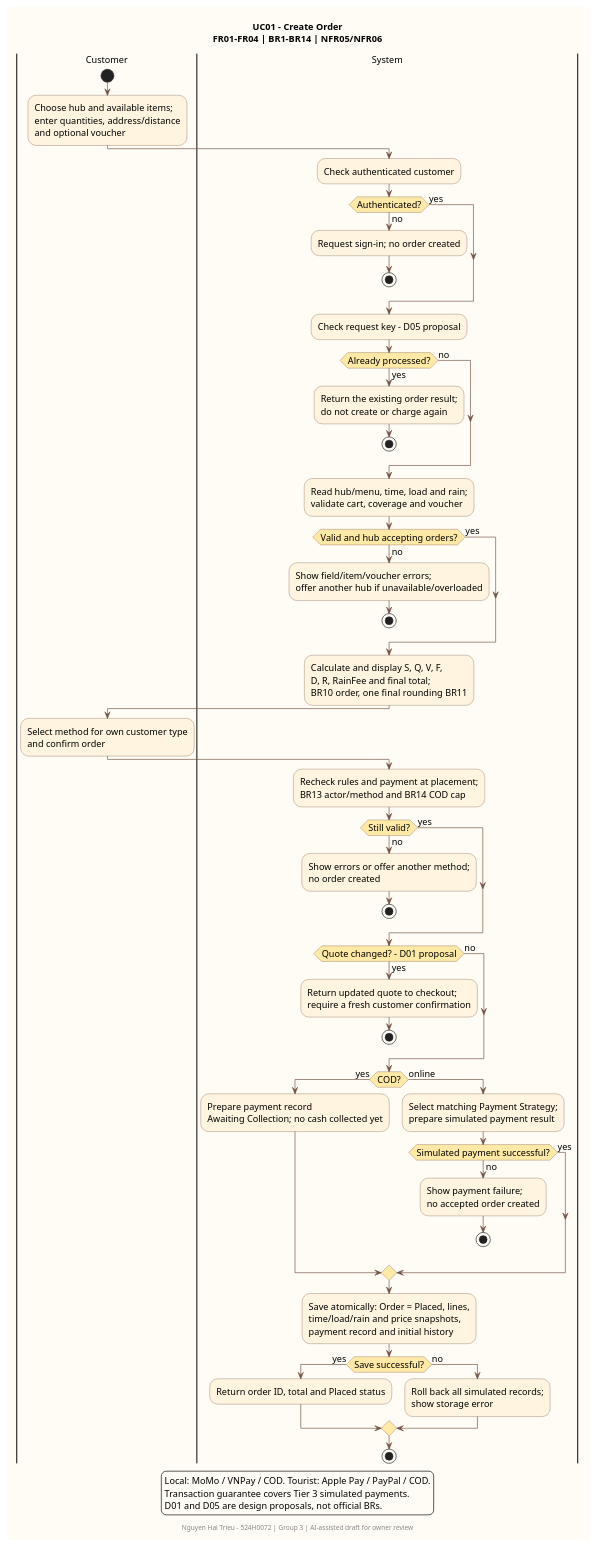
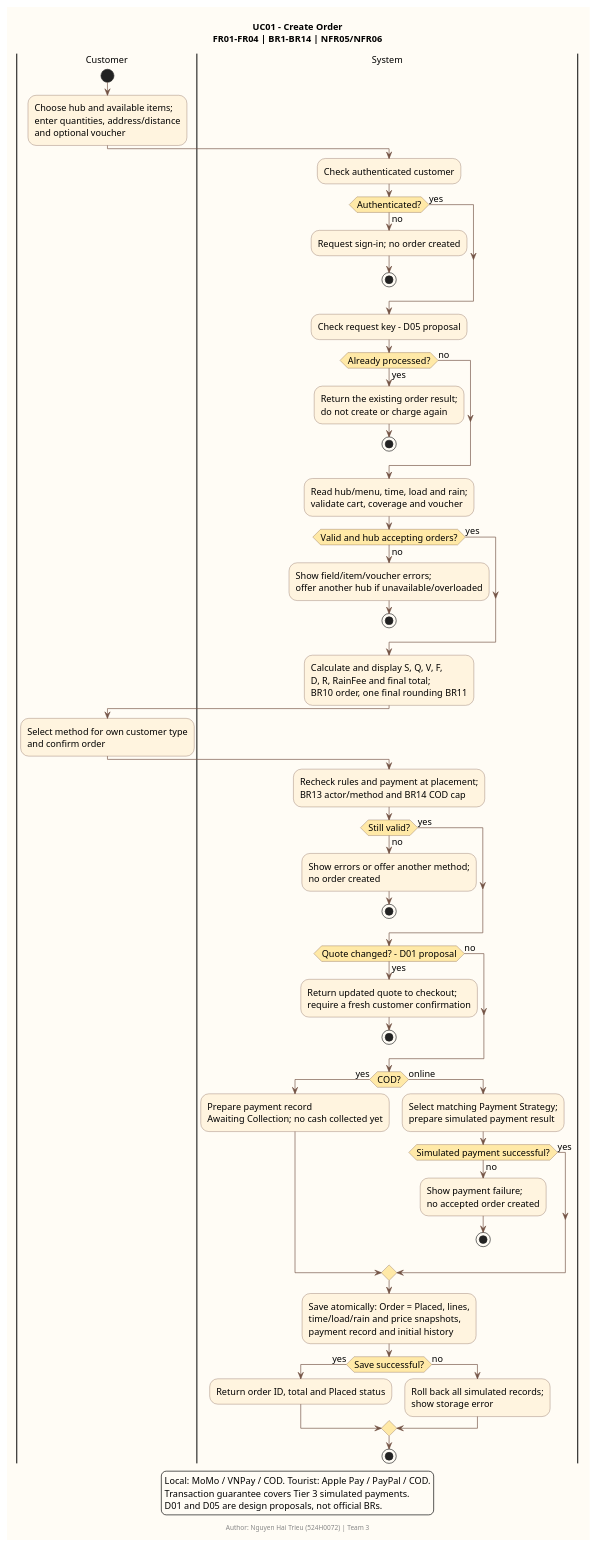
The diagram in docs/part2/diagrams/uc01-create-activity.puml (rumnopro0809/saigonbite-group3), drawn with PlantUML before and after one commit. The commit also changed 41 other files, not shown here.

Commit message:
chore(part2): finalize V2-only Figma links, clean UML diagrams, ERD SystemSettings and report PDF

```diff
--- a/docs/part2/diagrams/uc01-create-activity.puml
+++ b/docs/part2/diagrams/uc01-create-activity.puml
@@ -1,72 +1,72 @@
 @startuml
 title UC01 - Create Order\nFR01-FR04 | BR1-BR14 | NFR05/NFR06
-footer Nguyen Hai Trieu - 524H0072 | Group 3 | AI-assisted draft for owner review
+footer Author: Nguyen Hai Trieu (524H0072) | Team 3
 skinparam backgroundColor #FFFCF5
 skinparam shadowing false
 skinparam defaultFontName SansSerif
 skinparam defaultFontSize 14
 skinparam activityBackgroundColor #FFF4DF
 skinparam activityBorderColor #735344
 skinparam activityDiamondBackgroundColor #FFE9A7
 skinparam activityDiamondBorderColor #735344
 skinparam ArrowColor #735344
 |Customer|
 start
 :Choose hub and available items;\nenter quantities, address/distance\nand optional voucher;
 |System|
 :Check authenticated customer;
 if (Authenticated?) then (yes)
 else (no)
  :Request sign-in; no order created;
  stop
 endif
 :Check request key - D05 proposal;
 if (Already processed?) then (yes)
  :Return the existing order result;\ndo not create or charge again;
  stop
 else (no)
 endif
 :Read hub/menu, time, load and rain;\nvalidate cart, coverage and voucher;
 if (Valid and hub accepting orders?) then (yes)
 else (no)
  :Show field/item/voucher errors;\noffer another hub if unavailable/overloaded;
  stop
 endif
 :Calculate and display S, Q, V, F,\nD, R, RainFee and final total;\nBR10 order, one final rounding BR11;
 |Customer|
 :Select method for own customer type\nand confirm order;
 |System|
 :Recheck rules and payment at placement;\nBR13 actor/method and BR14 COD cap;
 if (Still valid?) then (yes)
 else (no)
  :Show errors or offer another method;\nno order created;
  stop
 endif
 if (Quote changed? - D01 proposal) then (yes)
  :Return updated quote to checkout;\nrequire a fresh customer confirmation;
  stop
 else (no)
 endif
 if (COD?) then (yes)
  :Prepare payment record\nAwaiting Collection; no cash collected yet;
 else (online)
  :Select matching Payment Strategy;\nprepare simulated payment result;
  if (Simulated payment successful?) then (yes)
  else (no)
   :Show payment failure;\nno accepted order created;
   stop
  endif
 endif
 :Save atomically: Order = Placed, lines,\ntime/load/rain and price snapshots,\npayment record and initial history;
 if (Save successful?) then (yes)
  :Return order ID, total and Placed status;
 else (no)
  :Roll back all simulated records;\nshow storage error;
 endif
 stop
 legend bottom
   Local: MoMo / VNPay / COD. Tourist: Apple Pay / PayPal / COD.
   Transaction guarantee covers Tier 3 simulated payments.
   D01 and D05 are design proposals, not official BRs.
 endlegend
 @enduml
```
